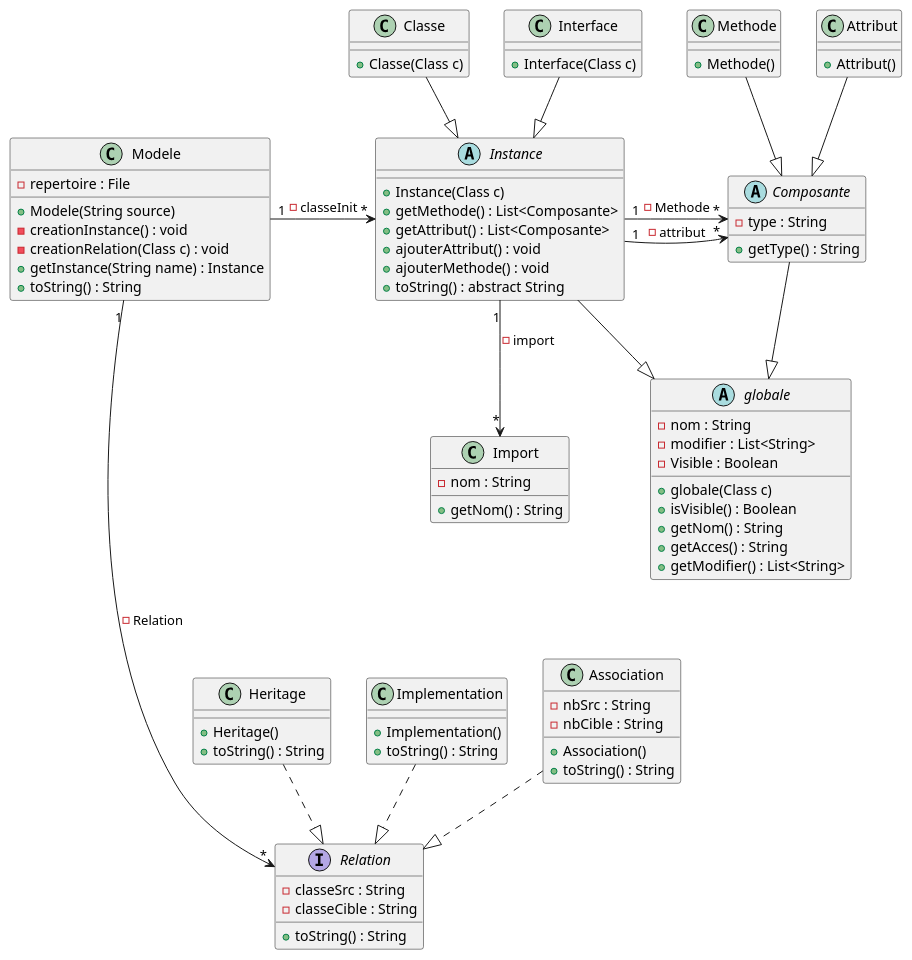
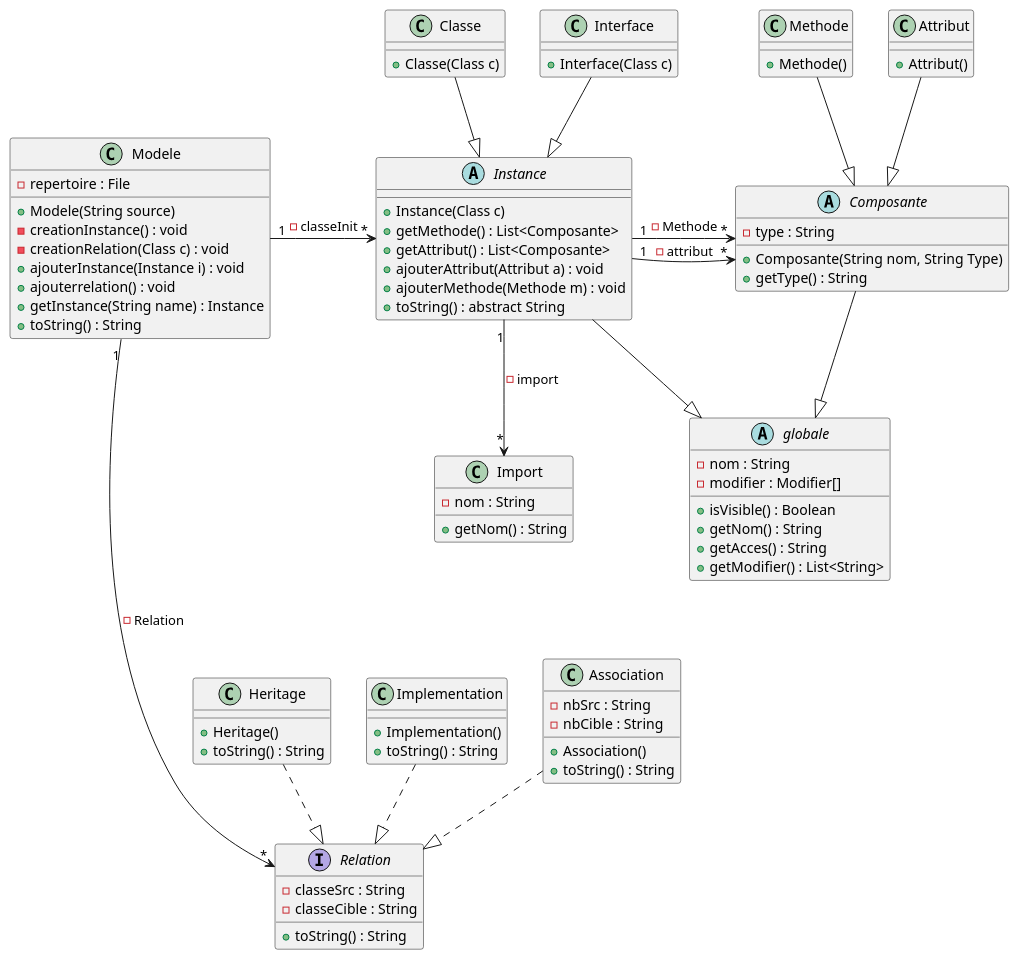
One commit to Cedran-Bastien/GENERATION-AUTOMATIQUE-DE-DIAGRAMME-DE-CLASSES changed the diagram in demo/Conception/Sprint_1/Class.puml. Above: the diagram before and after it, drawn with PlantUML.

Commit message:
correction diag classe parti instance

```diff
--- a/demo/Conception/Sprint_1/Class.puml
+++ b/demo/Conception/Sprint_1/Class.puml
@@ -1,98 +1,100 @@
 @startuml
 'https://plantuml.com/sequence-diagram
 
 abstract Instance{
     +Instance(Class c)
     +getMethode() : List<Composante>
     +getAttribut() : List<Composante>
-    +ajouterAttribut() : void
-    +ajouterMethode() : void
+    +ajouterAttribut(Attribut a) : void
+    +ajouterMethode(Methode m) : void
     +toString() : abstract String
 }
 
 class Classe{
     +Classe(Class c)
 }
 
 class Interface{
     +Interface(Class c)
 }
 
 abstract Composante{
     -type : String
+    +Composante(String nom, String Type)
     +getType() : String
+
 }
 
 class Methode{
     +Methode()
 }
 
 class Attribut{
     +Attribut()
 }
 
 class Import{
     -nom : String
     +getNom() : String
 }
 
 class Modele{
     -repertoire : File
     +Modele(String source)
     -creationInstance() : void
     -creationRelation(Class c) : void
+    +ajouterInstance(Instance i) : void
+    +ajouterrelation() : void
     +getInstance(String name) : Instance
     +toString() : String
 }
 
 interface Relation{
     -classeSrc : String
     -classeCible : String
     +toString() : String
 }
 
 class Heritage{
     +Heritage()
     +toString() : String
 }
 
 class Implementation{
     +Implementation()
     +toString() : String
 }
 
 class Association {
     -nbSrc : String
     -nbCible : String
     +Association()
     +toString() : String
 }
 
 abstract globale{
     -nom : String
-    -modifier : List<String>
-    -Visible : Boolean
-    +globale(Class c)
+    -modifier : Modifier[]
     +isVisible() : Boolean
     +getNom() : String
     +getAcces() : String
     +getModifier() : List<String>
 }
 
 
 Instance--|>globale
 Composante--|>globale
 Modele "1" -> "*" Instance  : -classeInit
 Instance "1" -> "*" Composante : -attribut
 Instance "1" -> "*" Composante : -Methode
 Instance "1" --> "*" Import : -import
 Classe --|> Instance
 Interface --|> Instance
 Methode --|> Composante
 Attribut --|> Composante
 Modele "1" ----> "*"  Relation : -Relation
 Association ..|> Relation
 Heritage ..|> Relation
 Implementation ..|> Relation
 
 @enduml
```
